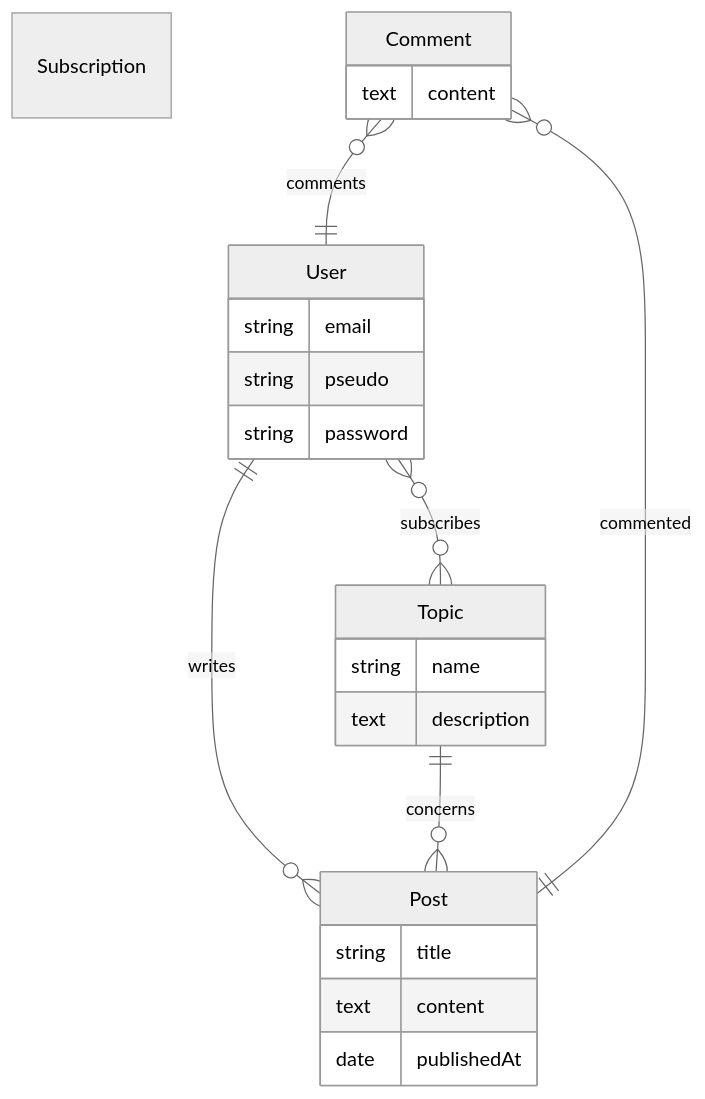
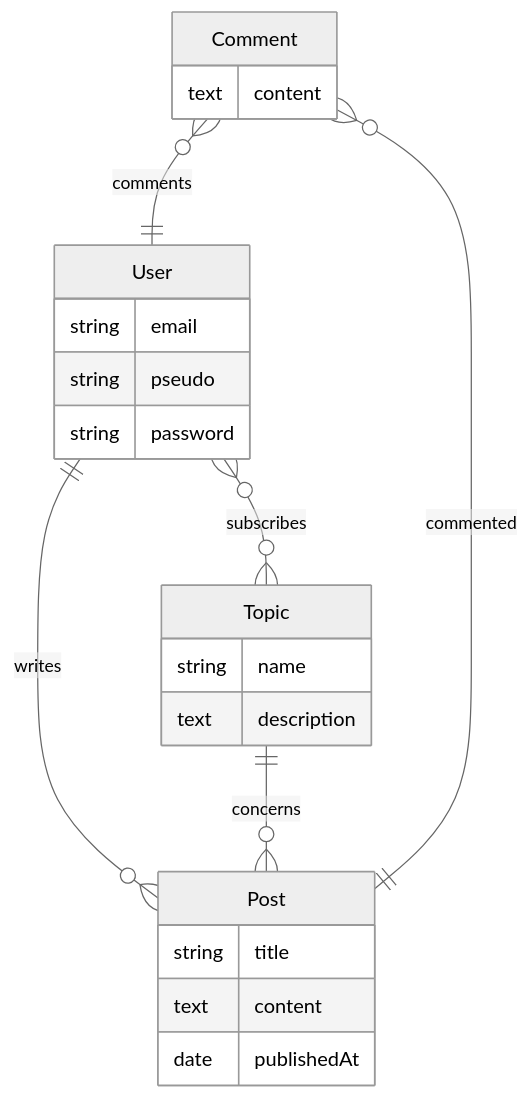
One commit to tremran/ocr-p05-monde-de-dev changed the second of 2 diagrams in docs/conception.md. Above: the diagram before and after it, drawn with Mermaid (neutral theme). The commit also changed other lines of this file and 22 other files, not shown here.

````diff
--- a/docs/conception.md
+++ b/docs/conception.md
@@ -132,33 +132,31 @@
 ```mermaid
 erDiagram
-
-Subscription
 
 User {
     string email
     string pseudo
     string password
 }
 
 
 Topic {
     string name
     text description
 }
 
 Post {
     string title
     text content
     date publishedAt
 }
 
 Comment {
     text content
 }
 
 User }o--o{ Topic : subscribes
 User ||--o{ Post : writes
 Topic ||--o{ Post : concerns
 Comment }o--|| Post : commented
 Comment }o--|| User : comments
 ```
````
